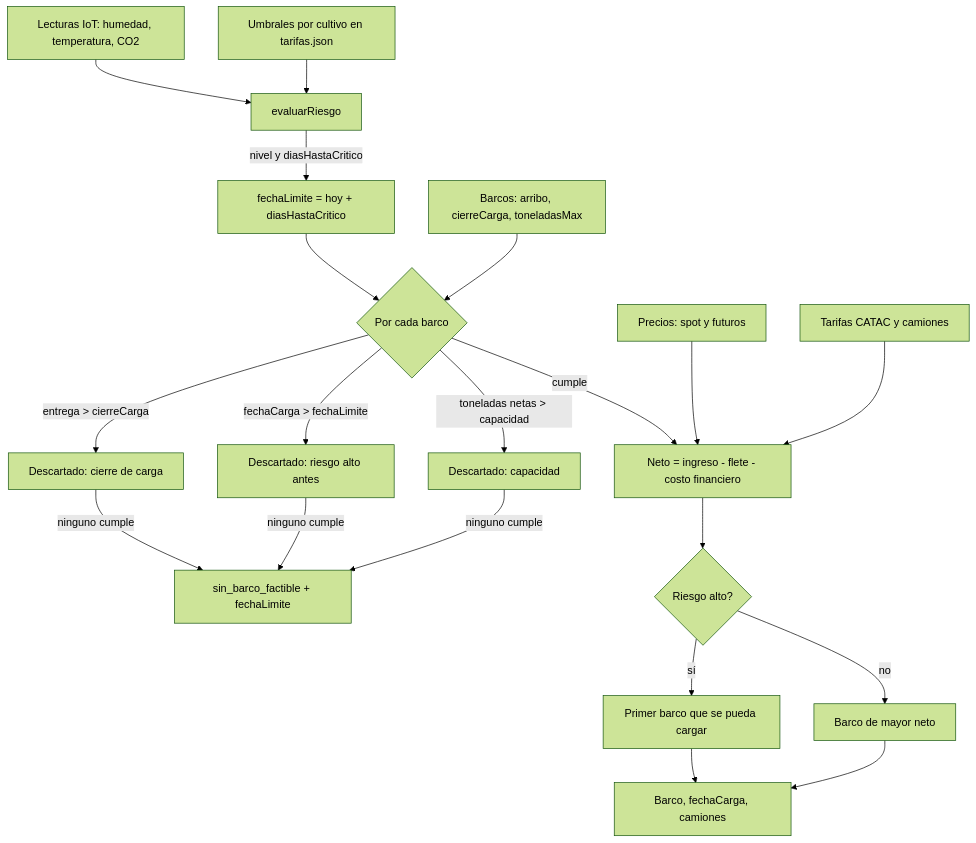
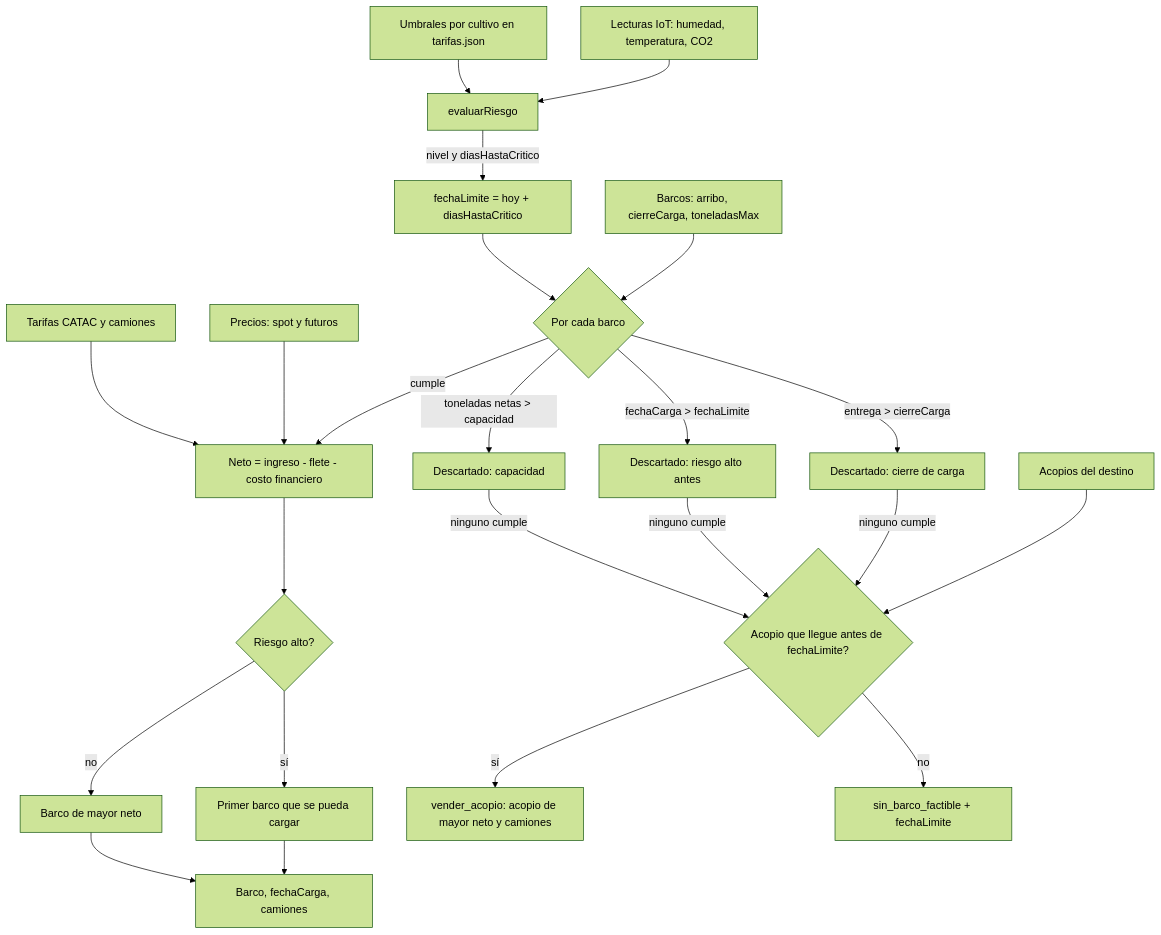
The first of 2 diagrams in docs/VENTA.md (juanachies/AgroFlow), drawn with Mermaid (forest theme) before and after one commit. The commit also changed other lines of this file and 2 other files, not shown here.

Commit message:
docs: precios por curva, venta en acopio, BarcosPort unificado y módulos tomados del mapa

````diff
--- a/docs/VENTA.md
+++ b/docs/VENTA.md
@@ -7,20 +7,23 @@
 ```mermaid
 flowchart TD
     IOT[Lecturas IoT: humedad, temperatura, CO2] --> R[evaluarRiesgo]
     UMB[Umbrales por cultivo en tarifas.json] --> R
     R -->|nivel y diasHastaCritico| L[fechaLimite = hoy + diasHastaCritico]
     BAR[Barcos: arribo, cierreCarga, toneladasMax] --> F{Por cada barco}
     L --> F
     F -->|entrega > cierreCarga| D1[Descartado: cierre de carga]
     F -->|fechaCarga > fechaLimite| D2[Descartado: riesgo alto antes]
     F -->|toneladas netas > capacidad| D3[Descartado: capacidad]
     F -->|cumple| N[Neto = ingreso - flete - costo financiero]
     PRE[Precios: spot y futuros] --> N
     TAR[Tarifas CATAC y camiones] --> N
     N --> E{Riesgo alto?}
+    AC[Acopios del destino] --> VA
     E -->|sí| P[Primer barco que se pueda cargar]
     E -->|no| M[Barco de mayor neto]
     P --> OUT[Barco, fechaCarga, camiones]
     M --> OUT
-    D1 & D2 & D3 -->|ninguno cumple| NB[sin_barco_factible + fechaLimite]
+    D1 & D2 & D3 -->|ninguno cumple| VA{Acopio que llegue antes de fechaLimite?}
+    VA -->|sí| VAC[vender_acopio: acopio de mayor neto y camiones]
+    VA -->|no| NB[sin_barco_factible + fechaLimite]
 ```
````
